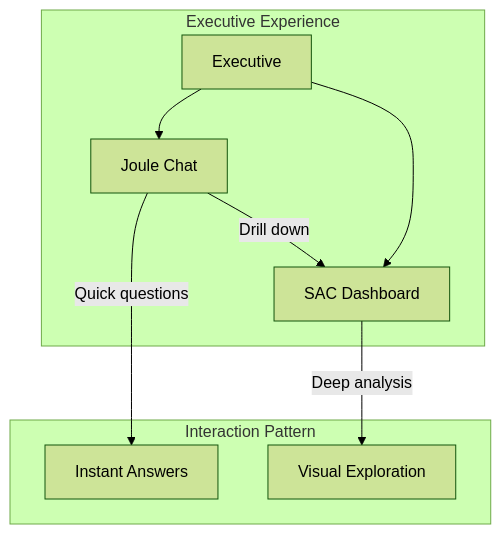
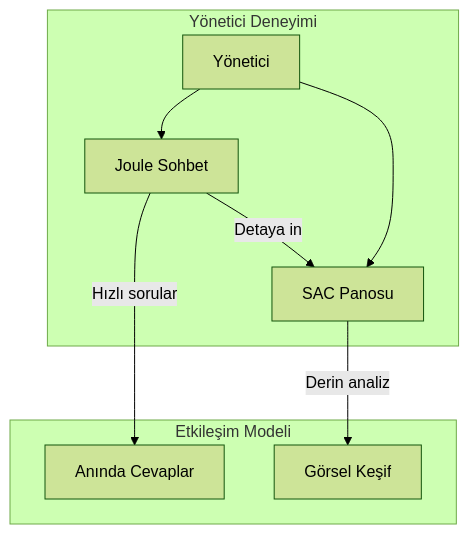
Before and after one commit to beyhanmeyrali/sap-all: the sixth of 7 diagrams in Technical Tutorials/BTP/TR/chapters/14-c-level-agents.md, drawn with Mermaid (forest theme). The commit also changed other lines of this file and 11 other files, not shown here.

````diff
--- a/Technical Tutorials/BTP/TR/chapters/14-c-level-agents.md
+++ b/Technical Tutorials/BTP/TR/chapters/14-c-level-agents.md
@@ -329,13 +332,13 @@
 ```mermaid
 graph TD
-    subgraph "Executive Experience"
-        U[Executive] --> J[Joule Chat]
-        U --> SAC[SAC Dashboard]
+    subgraph "Yönetici Deneyimi"
+        U[Yönetici] --> J[Joule Sohbet]
+        U --> SAC[SAC Panosu]
     end
 
-    subgraph "Interaction Pattern"
-        J --> |"Quick questions"| Q[Instant Answers]
-        SAC --> |"Deep analysis"| D[Visual Exploration]
-        J --> |"Drill down"| SAC
+    subgraph "Etkileşim Modeli"
+        J --> |"Hızlı sorular"| Q[Anında Cevaplar]
+        SAC --> |"Derin analiz"| D[Görsel Keşif]
+        J --> |"Detaya in"| SAC
     end
 ```
````
